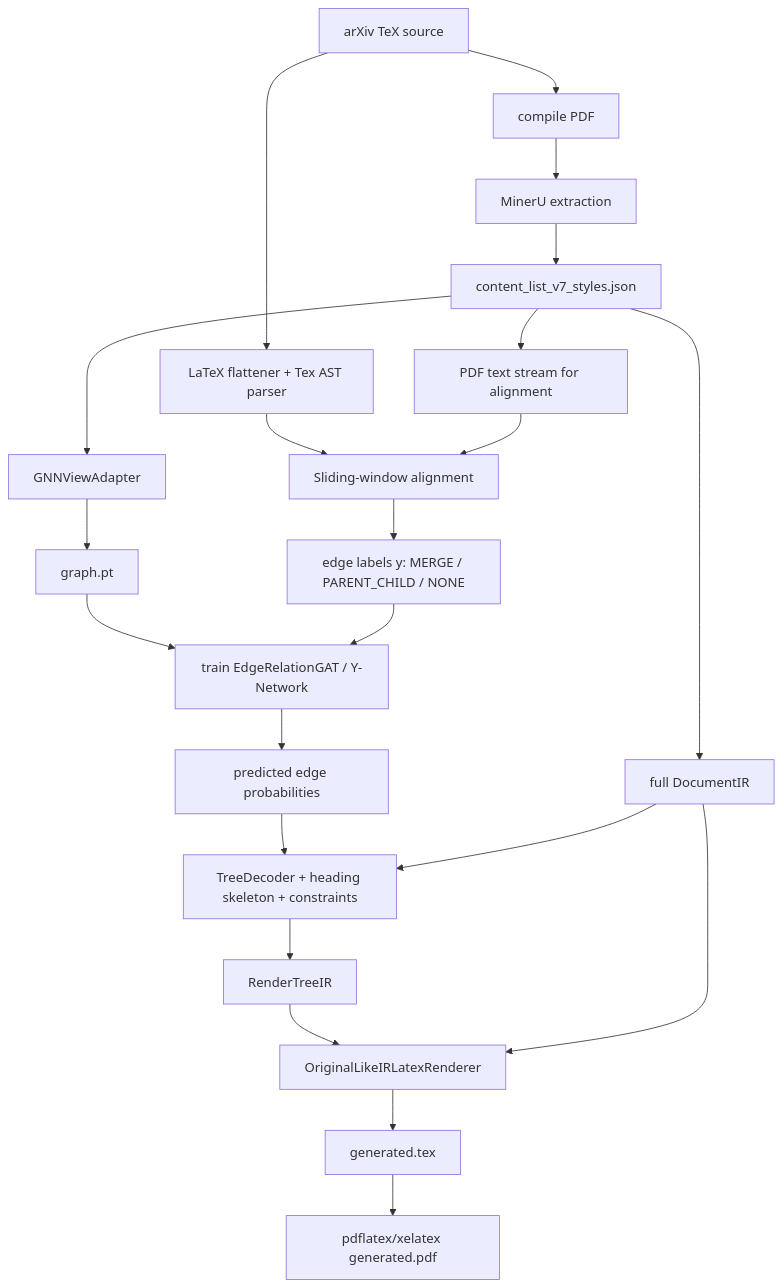
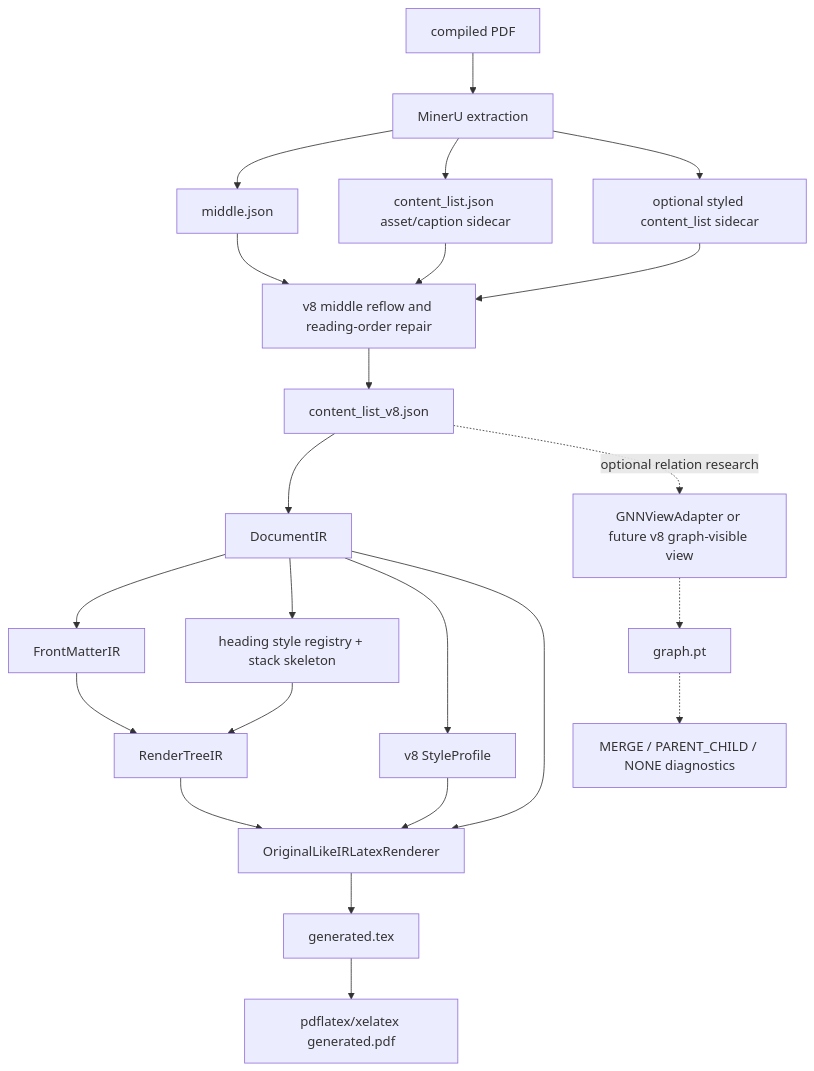
The first of 2 diagrams in docs/PROJECT_ARCHITECTURE_FULL.md (Y1m1ngLuuuuuuuuuuuuuuuuuu/pdf2latex_nn), drawn with Mermaid before and after one commit. The commit also changed other lines of this file and 118 other files, not shown here.

````diff
--- a/docs/PROJECT_ARCHITECTURE_FULL.md
+++ b/docs/PROJECT_ARCHITECTURE_FULL.md
@@ -195,24 +196,26 @@
 ```mermaid
 flowchart TD
-    A["arXiv TeX source"] --> B["compile PDF"]
-    B --> C["MinerU extraction"]
-    C --> D["content_list_v7_styles.json"]
-    D --> E["GNNViewAdapter"]
-    E --> F["graph.pt"]
-    A --> G["LaTeX flattener + Tex AST parser"]
-    D --> H["PDF text stream for alignment"]
-    G --> I["Sliding-window alignment"]
-    H --> I
-    I --> J["edge labels y: MERGE / PARENT_CHILD / NONE"]
-    F --> K["train EdgeRelationGAT / Y-Network"]
+    A["compiled PDF"] --> B["MinerU extraction"]
+    B --> C["middle.json"]
+    B --> D["content_list.json asset/caption sidecar"]
+    B --> E["optional styled content_list sidecar"]
+    C --> F["v8 middle reflow and reading-order repair"]
+    D --> F
+    E --> F
+    F --> G["content_list_v8.json"]
+    G --> H["DocumentIR"]
+    H --> I["FrontMatterIR"]
+    H --> J["heading style registry + stack skeleton"]
+    I --> K["RenderTreeIR"]
     J --> K
-    K --> L["predicted edge probabilities"]
-    D --> M["full DocumentIR"]
-    L --> N["TreeDecoder + heading skeleton + constraints"]
-    M --> N
-    N --> O["RenderTreeIR"]
-    O --> P["OriginalLikeIRLatexRenderer"]
-    M --> P
-    P --> Q["generated.tex"]
-    Q --> R["pdflatex/xelatex generated.pdf"]
+    H --> L["v8 StyleProfile"]
+    K --> M["OriginalLikeIRLatexRenderer"]
+    L --> M
+    H --> M
+    M --> N["generated.tex"]
+    N --> O["pdflatex/xelatex generated.pdf"]
+
+    G -. optional relation research .-> P["GNNViewAdapter or future v8 graph-visible view"]
+    P -.-> Q["graph.pt"]
+    Q -.-> R["MERGE / PARENT_CHILD / NONE diagnostics"]
 ```
````
